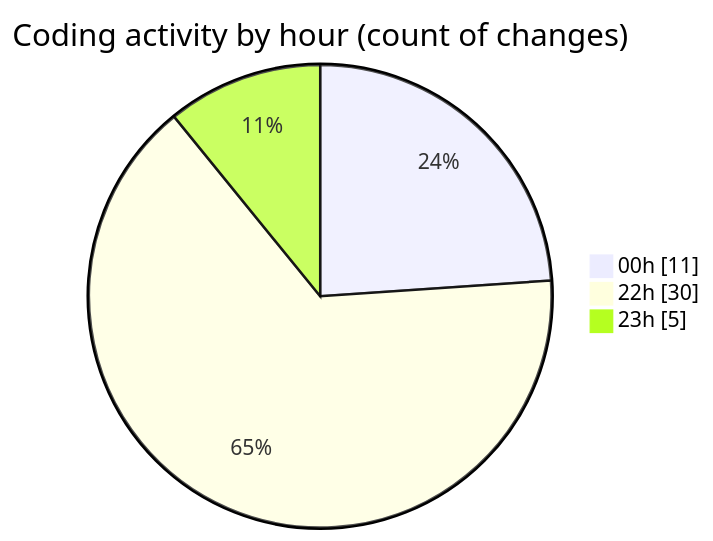
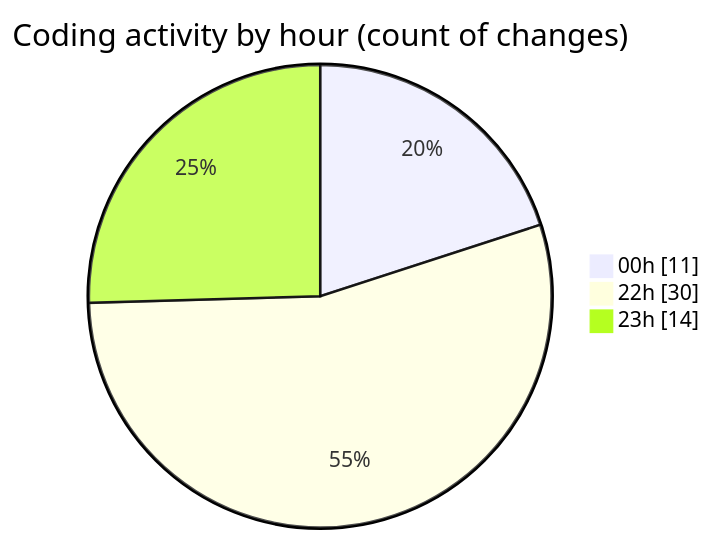
The second of 2 diagrams in 2026-11-26/taskforge/README.md (hasnaa123/code-tracking), drawn with Mermaid before and after one commit. The commit also changed other lines of this file and 1 other file, not shown here.

````diff
--- a/2026-11-26/taskforge/README.md
+++ b/2026-11-26/taskforge/README.md
@@ -29,7 +29,7 @@
 ```mermaid
 pie showData
 title Coding activity by hour (count of changes)
 "00h" : 11
 "22h" : 30
-"23h" : 5
+"23h" : 14
 ```
````
